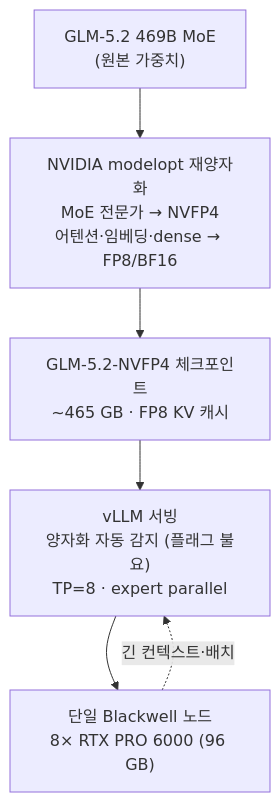
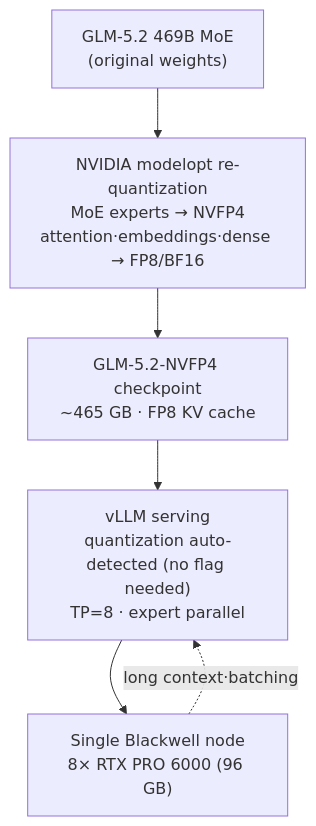
One commit to ThakiCloud/thakicloud.github.io changed the diagram in _posts/en/llmops/2026-06-28-glm-5.2-nvfp4-vllm-serving.md. Above: the diagram before and after it, drawn with Mermaid. The commit also changed 21 other files, not shown here.

First line of the commit message:
fix(blog): translate mermaid labels to post language (en/ar)

````diff
--- a/_posts/en/llmops/2026-06-28-glm-5.2-nvfp4-vllm-serving.md
+++ b/_posts/en/llmops/2026-06-28-glm-5.2-nvfp4-vllm-serving.md
@@ -47,8 +47,8 @@
 ```mermaid
 flowchart TB
-    A["GLM-5.2 469B MoE<br/>(원본 가중치)"] --> B["NVIDIA modelopt 재양자화<br/>MoE 전문가 → NVFP4<br/>어텐션·임베딩·dense → FP8/BF16"]
-    B --> C["GLM-5.2-NVFP4 체크포인트<br/>~465 GB · FP8 KV 캐시"]
-    C --> D["vLLM 서빙<br/>양자화 자동 감지 (플래그 불요)<br/>TP=8 · expert parallel"]
-    D --> E["단일 Blackwell 노드<br/>8× RTX PRO 6000 (96 GB)"]
-    E -.긴 컨텍스트·배치.-> D
+    A["GLM-5.2 469B MoE<br/>(original weights)"] --> B["NVIDIA modelopt re-quantization<br/>MoE experts → NVFP4<br/>attention·embeddings·dense → FP8/BF16"]
+    B --> C["GLM-5.2-NVFP4 checkpoint<br/>~465 GB · FP8 KV cache"]
+    C --> D["vLLM serving<br/>quantization auto-detected (no flag needed)<br/>TP=8 · expert parallel"]
+    D --> E["Single Blackwell node<br/>8× RTX PRO 6000 (96 GB)"]
+    E -.long context·batching.-> D
 ```
````
